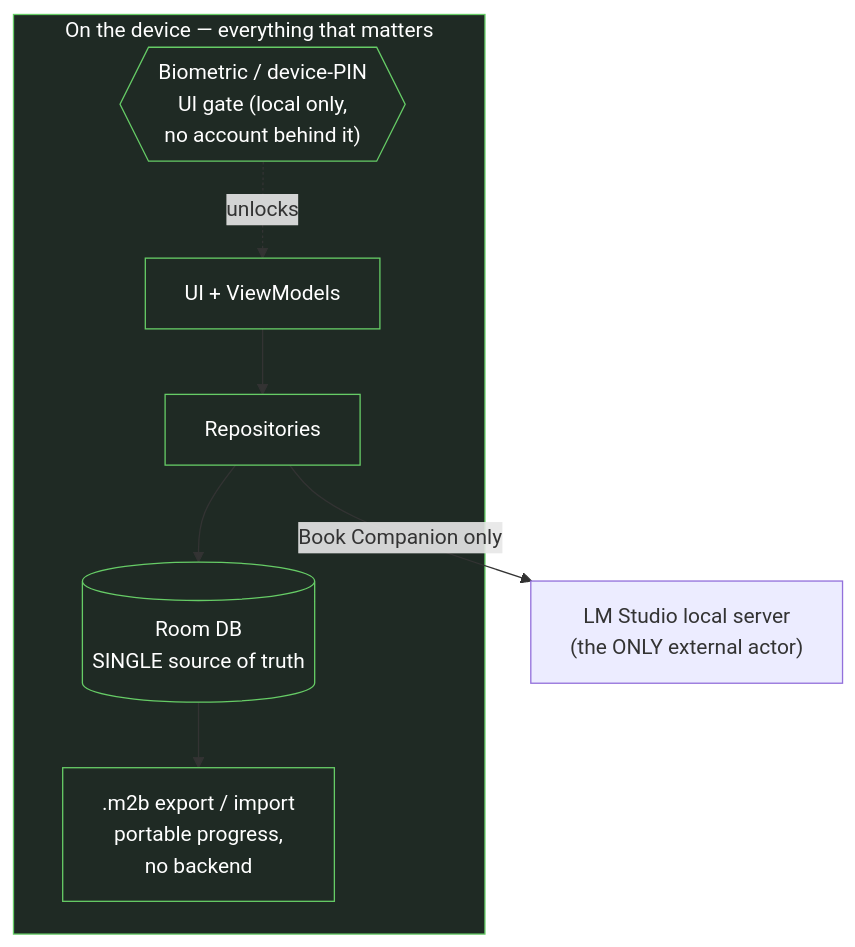
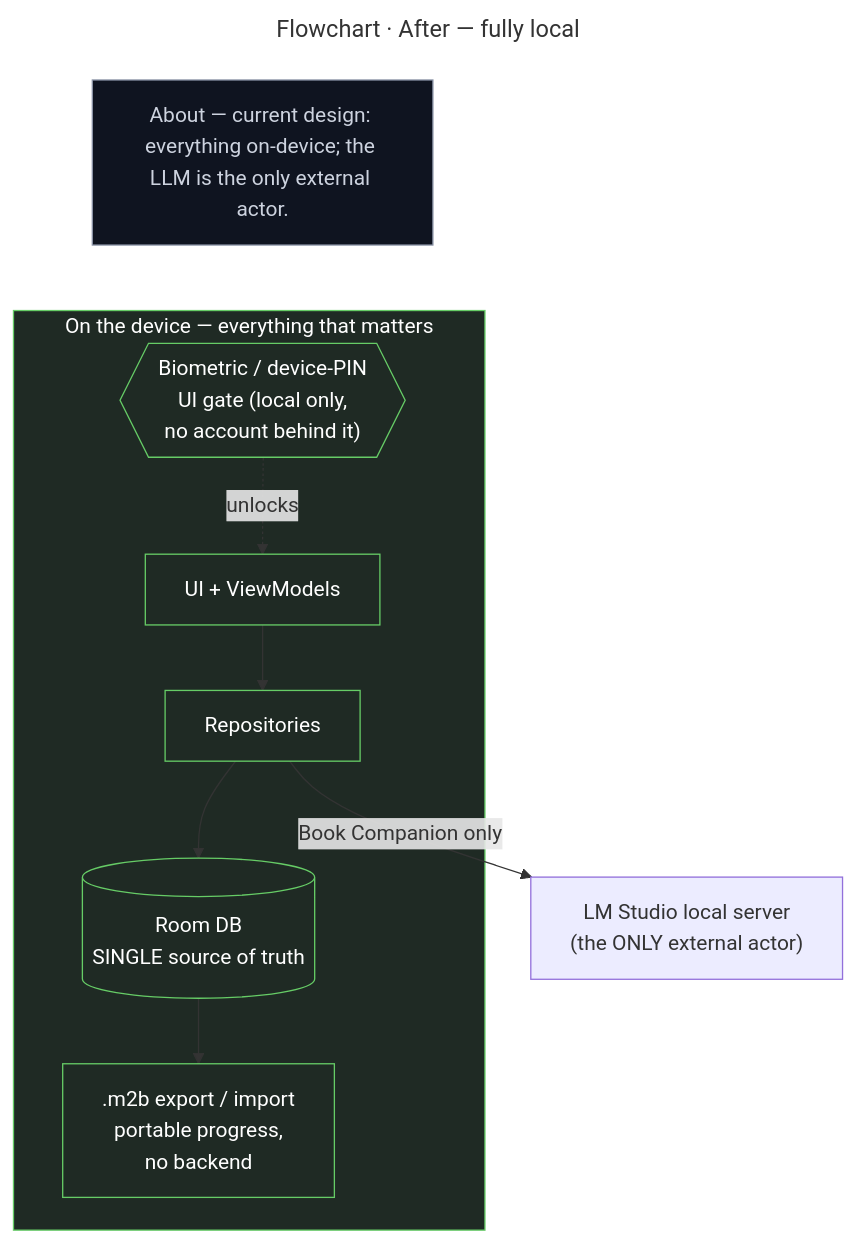
The ninth of 9 diagrams in Final Submission Project/ARCHITECTURE.md (DICEsda/Mobile-Application-Development-COURSE), drawn with Mermaid before and after one commit. The commit also changed other lines of this file and 9 other files, not shown here.

First line of the commit message:
docs: add in-image titles (graph type) and an About card to each diagram

````diff
--- a/Final Submission Project/ARCHITECTURE.md
+++ b/Final Submission Project/ARCHITECTURE.md
@@ -337,18 +381,24 @@
 ```mermaid
+---
+title: "Flowchart · After — fully local"
+---
 flowchart TB
+    classDef about fill:#0f1420,stroke:#8a93a6,color:#cdd3df
+    CARD["About — current design: everything on-device; the LLM is the only external actor."]:::about
+    CARD ~~~ Bio
     subgraph Device2["On the device — everything that matters"]
         Bio{{"Biometric / device-PIN<br/>UI gate (local only,<br/>no account behind it)"}}
         UIa["UI + ViewModels"]
         Repoa["Repositories"]
         Rooma[("Room DB<br/>SINGLE source of truth")]
         M2B[".m2b export / import<br/>portable progress,<br/>no backend"]
         Bio -. unlocks .-> UIa
         UIa --> Repoa --> Rooma
         Rooma --> M2B
     end
     LLM["LM Studio local server<br/>(the ONLY external actor)"]
     Repoa -->|"Book Companion only"| LLM
 
     classDef local fill:#1f2a24,stroke:#6c6,color:#fff
     class Device2,Bio,UIa,Repoa,Rooma,M2B local
 ```
````
